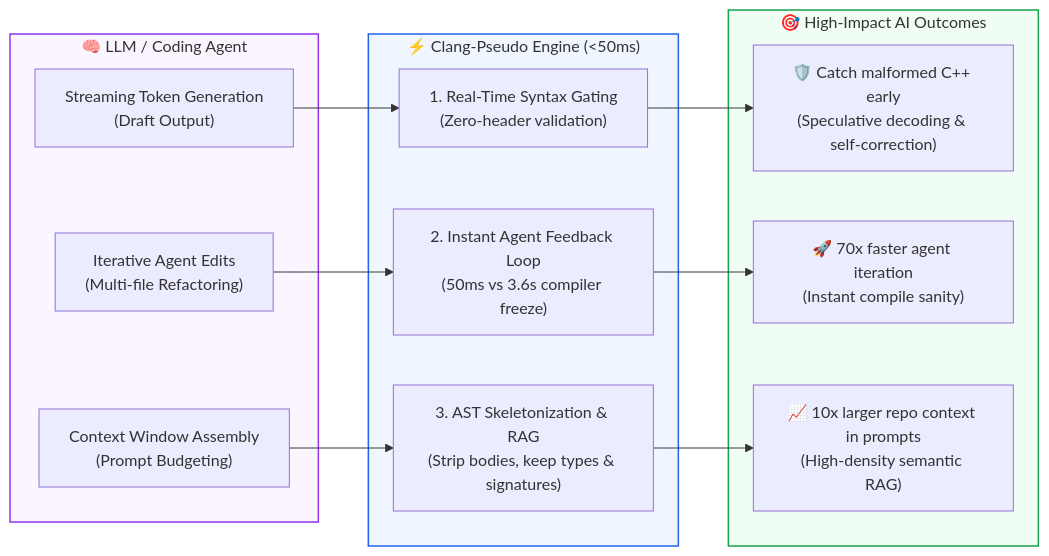
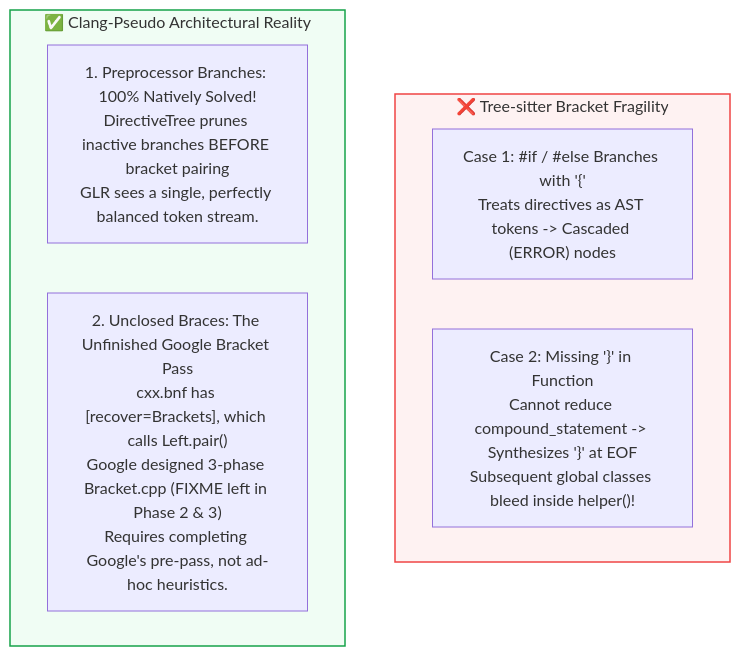
Before and after one commit to ArcsinX/llvm-project: the fourth of 4 diagrams in clang-tools-extra/clangd/presentation_clangd_pseudoparser.md, drawn with Mermaid. The commit also changed other lines of this file and 5 other files, not shown here.

````diff
--- a/clang-tools-extra/clangd/presentation_clangd_pseudoparser.md
+++ b/clang-tools-extra/clangd/presentation_clangd_pseudoparser.md
@@ -428,28 +445,15 @@
 ```mermaid
-flowchart LR
-    subgraph LLM["🧠 LLM / Coding Agent"]
-        Gen["Streaming Token Generation\n(Draft Output)"]
-        Edit["Iterative Agent Edits\n(Multi-file Refactoring)"]
-        Prompt["Context Window Assembly\n(Prompt Budgeting)"]
+flowchart TD
+    subgraph TreeSitterFragility["❌ Tree-sitter Bracket Fragility"]
+        TS1["Case 1: #if / #else Branches with '{'\nTreats directives as AST tokens -> Cascaded (ERROR) nodes"]
+        TS2["Case 2: Missing '}' in Function\nCannot reduce compound_statement -> Synthesizes '}' at EOF\nSubsequent global classes bleed inside helper()!"]
     end
 
-    subgraph PseudoEngine["⚡ Clang-Pseudo Engine (&lt;50ms)"]
-        Val["1. Real-Time Syntax Gating\n(Zero-header validation)"]
-        Feed["2. Instant Agent Feedback Loop\n(50ms vs 3.6s compiler freeze)"]
-        Prune["3. AST Skeletonization & RAG\n(Strip bodies, keep types & signatures)"]
+    subgraph ClangPseudoReality["✅ Clang-Pseudo Architectural Reality"]
+        CP1["1. Preprocessor Branches: 100% Natively Solved!\nDirectiveTree prunes inactive branches BEFORE bracket pairing\nGLR sees a single, perfectly balanced token stream."]
+        CP2["2. Unclosed Braces: The Unfinished Google Bracket Pass\ncxx.bnf has [recover=Brackets], which calls Left.pair()\nGoogle designed 3-phase Bracket.cpp (FIXME left in Phase 2 & 3)\nRequires completing Google's pre-pass, not ad-hoc heuristics."]
     end
 
-    subgraph Outcome["🎯 High-Impact AI Outcomes"]
-        Out1["🛡️ Catch malformed C++ early\n(Speculative decoding & self-correction)"]
-        Out2["🚀 70x faster agent iteration\n(Instant compile sanity)"]
-        Out3["📈 10x larger repo context in prompts\n(High-density semantic RAG)"]
-    end
-
-    Gen --> Val --> Out1
-    Edit --> Feed --> Out2
-    Prompt --> Prune --> Out3
-
-    style LLM fill:#faf5ff,stroke:#9333ea,stroke-width:1.5px
-    style PseudoEngine fill:#eff6ff,stroke:#2563eb,stroke-width:1.5px
-    style Outcome fill:#f0fdf4,stroke:#16a34a,stroke-width:1.5px
+    style TreeSitterFragility fill:#fef2f2,stroke:#ef4444,stroke-width:1.5px
+    style ClangPseudoReality fill:#f0fdf4,stroke:#16a34a,stroke-width:1.5px
 ```
````
